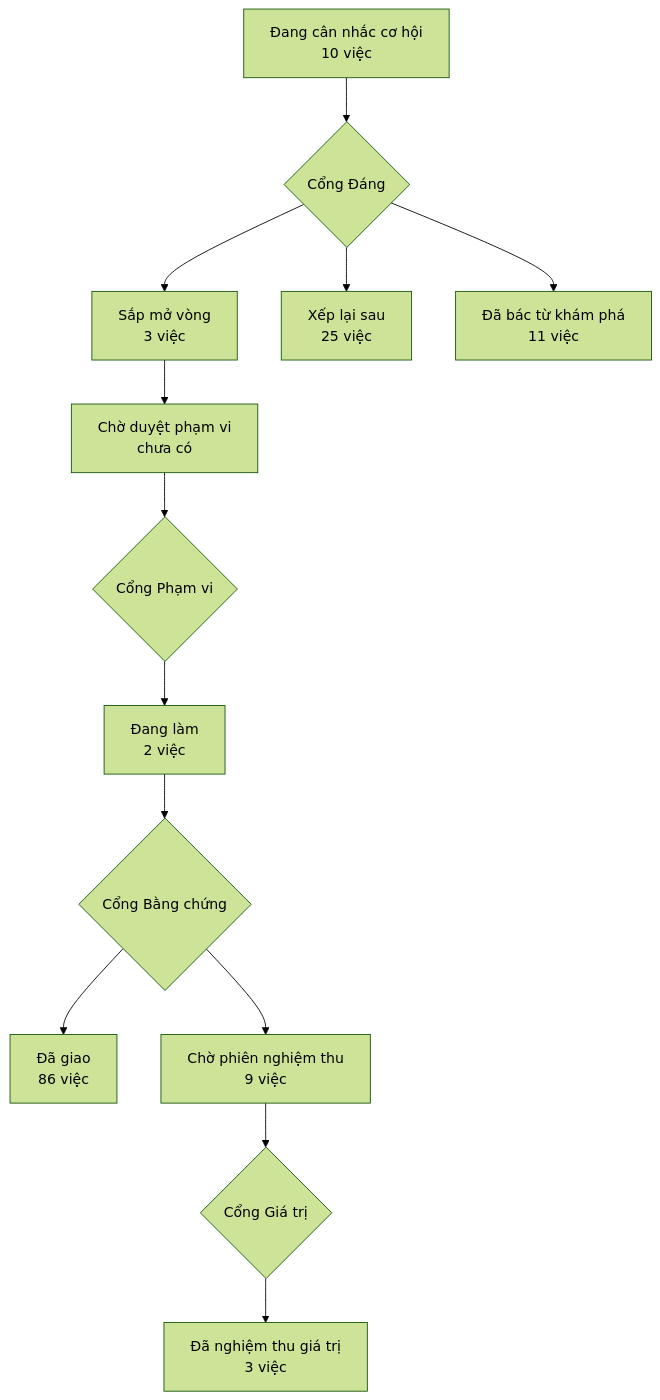
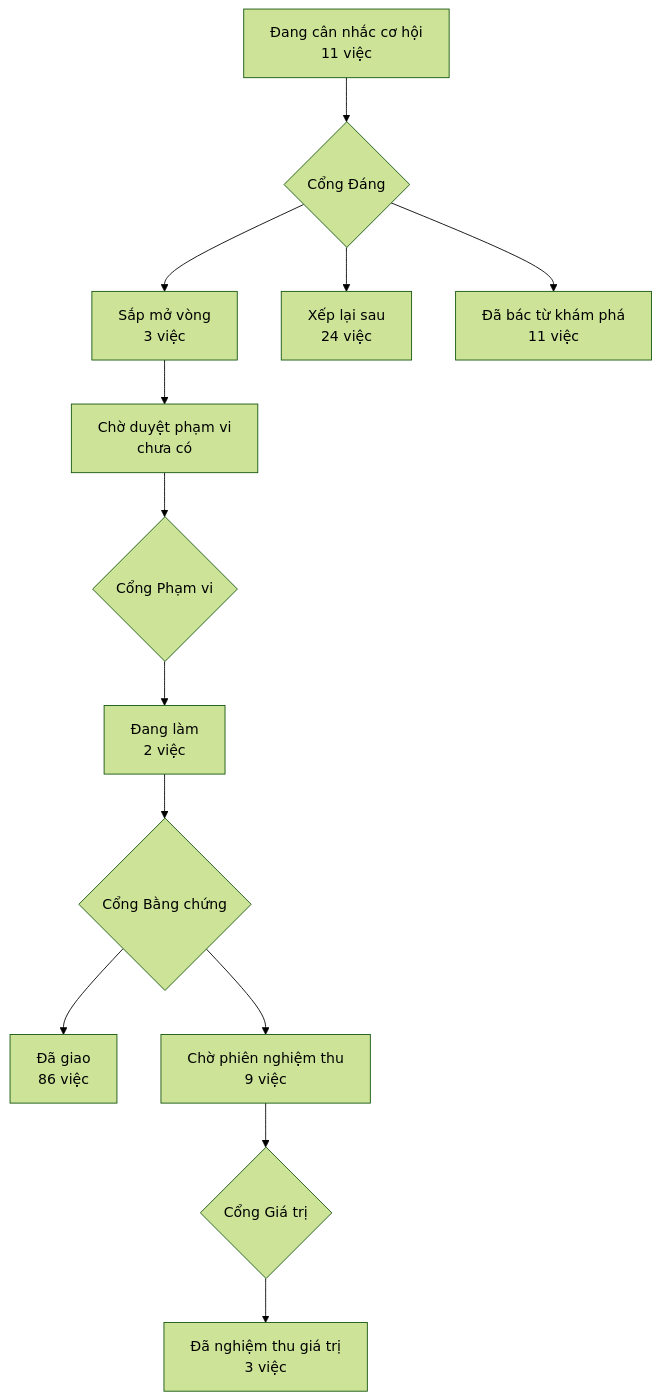
One commit to phanlemanh/acceptance-gate-kit changed the diagram in PRODUCT-MAP.md. Above: the diagram before and after it, drawn with Mermaid (forest theme). The commit also changed other lines of this file and 1 other file, not shown here.

Commit message:
acceptance(viec-ke-theo-plan): mở lại ô — lát 1 lộ trình vào kit, neo crm/cap-nhat-tuan-okr
Ô park 18/09 vì thiếu neo; mở lại 02/10 sau khi crm nhận 2.20.0 (crm-onehub#233
gộp 9660bf6c, plugin 2.20.0 ở gốc + 9 cây phụ sống). Phạm vi = lát 1 của hạt
giống (ổ cắm đọc file ý định sáu trường · trạng thái suy từ hồ sơ bằng bảng
nhãn bản đồ · ba dòng thẻ start · bộ vẽ cạnh PRODUCT-MAP.md · S0 nhận một
hàng; kit KHÔNG ghi vào file ý định). Dòng Gốc: trỏ hồ sơ crm nơi đo 23/48 tin
hỏi tiến độ. Bốn giả định có phép thử rẻ, ngưỡng sống/chết, đề xuất Cổng 0
build T2. Bản đồ vẽ lại: Xếp lại sau 25 → 24, Đang cân nhắc 10 → 11.

````diff
--- a/PRODUCT-MAP.md
+++ b/PRODUCT-MAP.md
@@ -6,12 +6,12 @@
 ```mermaid
 flowchart TD
-  A["Đang cân nhắc cơ hội<br/>10 việc"] --> GD{"Cổng Đáng"}
+  A["Đang cân nhắc cơ hội<br/>11 việc"] --> GD{"Cổng Đáng"}
   GD --> B["Sắp mở vòng<br/>3 việc"]
-  GD --> XL["Xếp lại sau<br/>25 việc"]
+  GD --> XL["Xếp lại sau<br/>24 việc"]
   GD --> DB["Đã bác từ khám phá<br/>11 việc"]
   B --> CD["Chờ duyệt phạm vi<br/>chưa có"] --> GP{"Cổng Phạm vi"}
   GP --> DL["Đang làm<br/>2 việc"] --> GB{"Cổng Bằng chứng"}
   GB --> DG["Đã giao<br/>86 việc"]
   GB --> CN["Chờ phiên nghiệm thu<br/>9 việc"] --> GG{"Cổng Giá trị"}
   GG --> NT["Đã nghiệm thu giá trị<br/>3 việc"]
 ```
````
